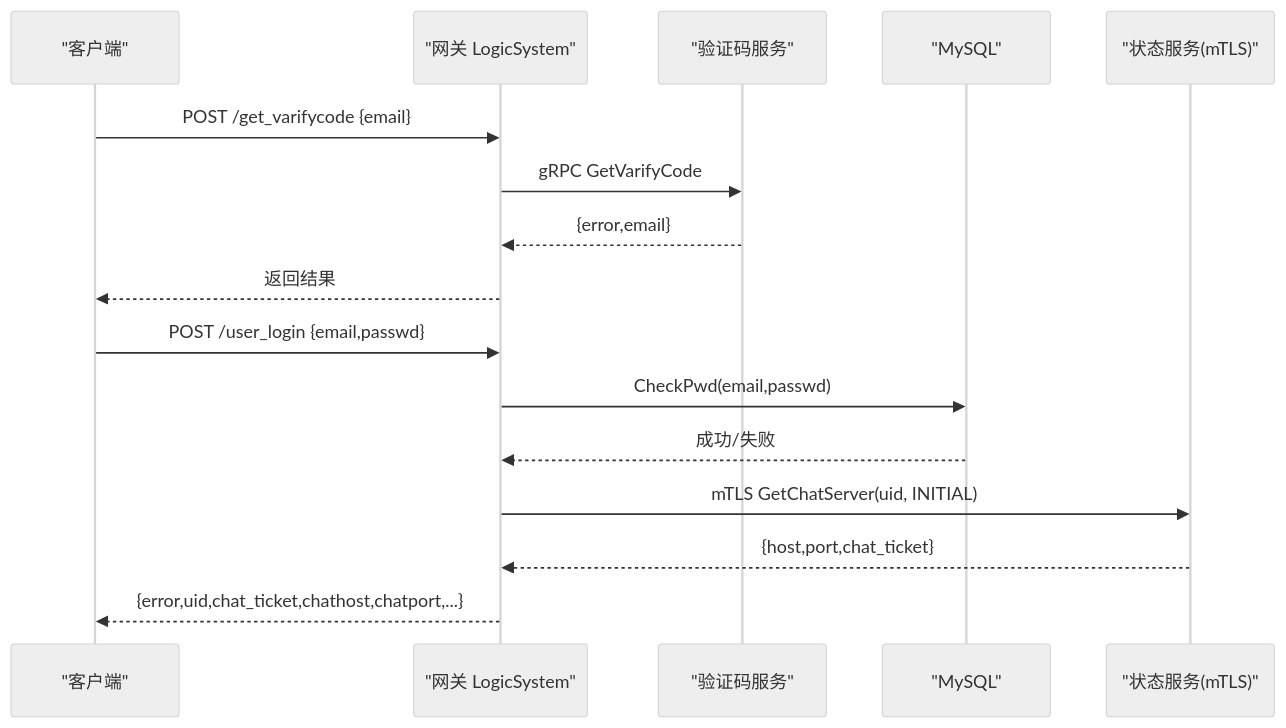
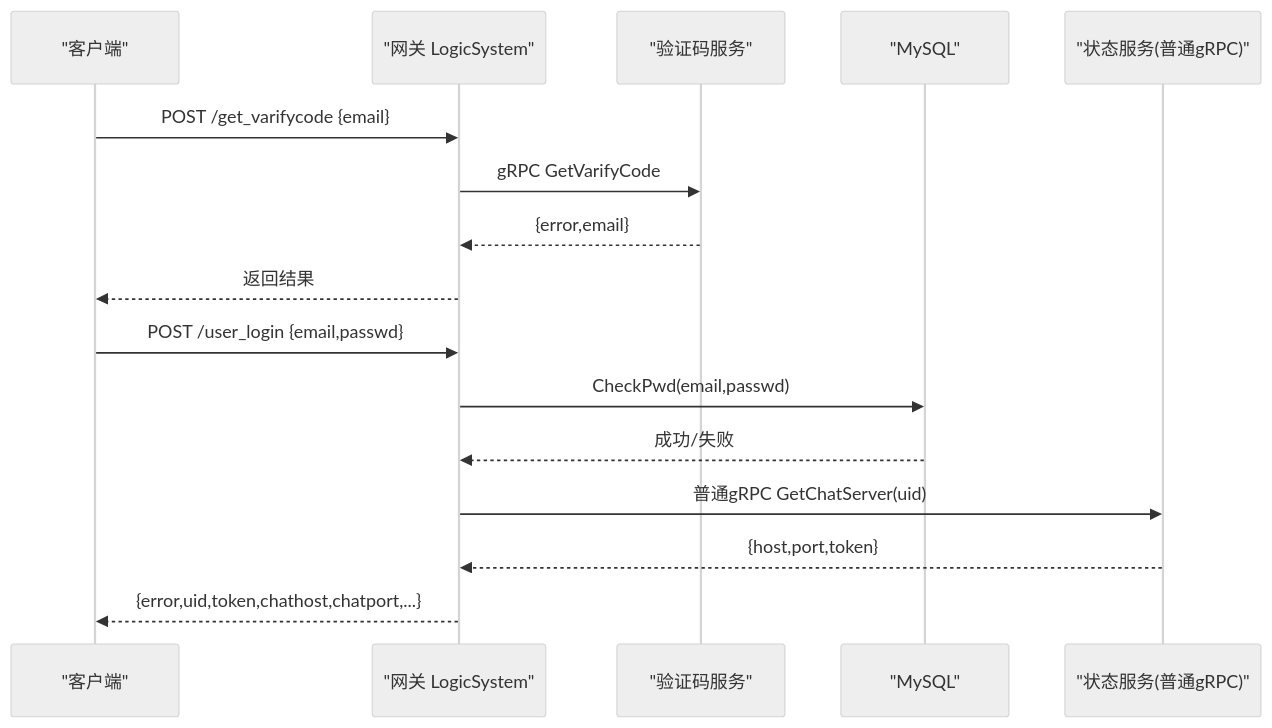
Before and after one commit to echo9923/mychatter: the fourth of 10 diagrams in .qoder/repowiki/zh/content/安全设计/身份认证系统/登录认证系统.md, drawn with Mermaid (neutral theme). The commit also changed other lines of this file and 58 other files, not shown here.

````diff
--- a/.qoder/repowiki/zh/content/安全设计/身份认证系统/登录认证系统.md
+++ b/.qoder/repowiki/zh/content/安全设计/身份认证系统/登录认证系统.md
@@ -171,18 +180,18 @@
 ```mermaid
 sequenceDiagram
 participant C as "客户端"
 participant G as "网关 LogicSystem"
 participant V as "验证码服务"
 participant M as "MySQL"
-participant S as "状态服务(mTLS)"
+participant S as "状态服务(普通gRPC)"
 C->>G : POST /get_varifycode {email}
 G->>V : gRPC GetVarifyCode
 V-->>G : {error,email}
 G-->>C : 返回结果
 C->>G : POST /user_login {email,passwd}
 G->>M : CheckPwd(email,passwd)
 M-->>G : 成功/失败
-G->>S : mTLS GetChatServer(uid, INITIAL)
-S-->>G : {host,port,chat_ticket}
-G-->>C : {error,uid,chat_ticket,chathost,chatport,...}
+G->>S : 普通gRPC GetChatServer(uid)
+S-->>G : {host,port,token}
+G-->>C : {error,uid,token,chathost,chatport,...}
 ```
````
